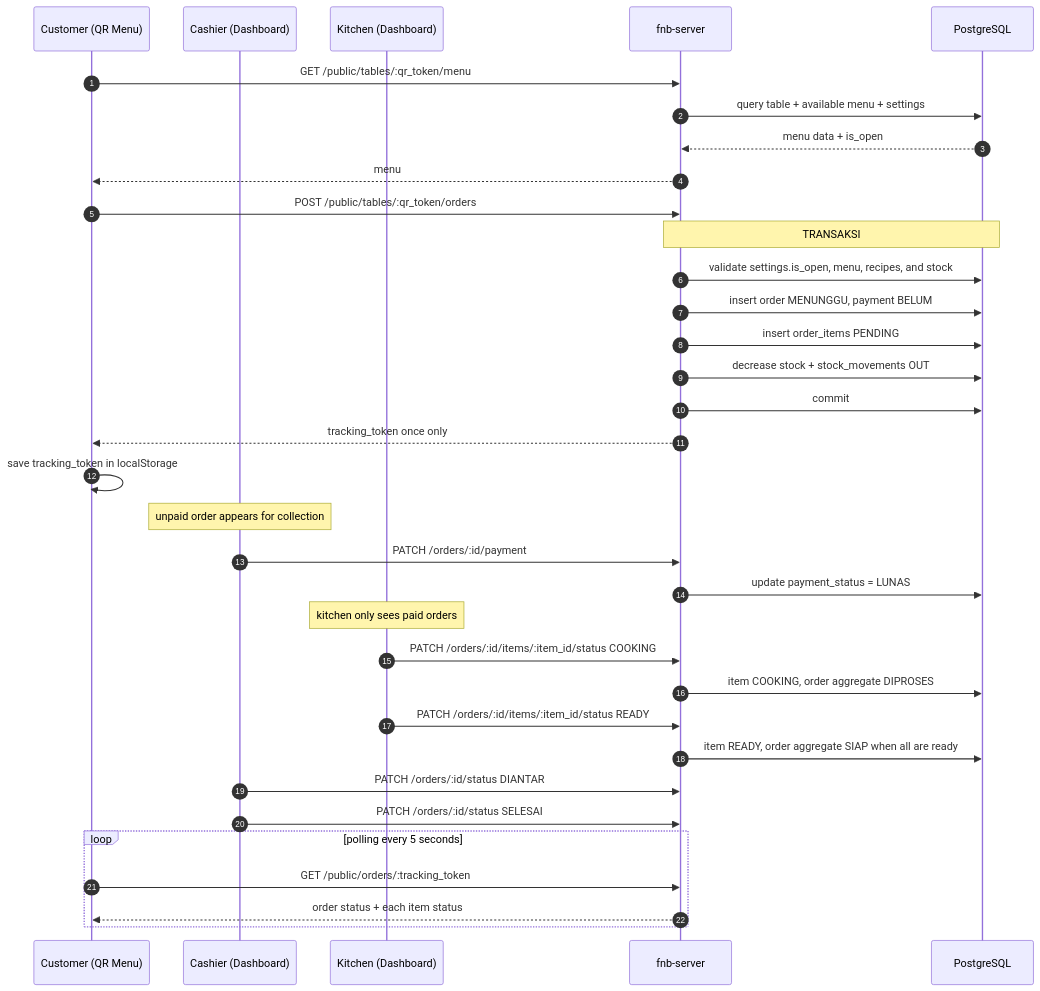
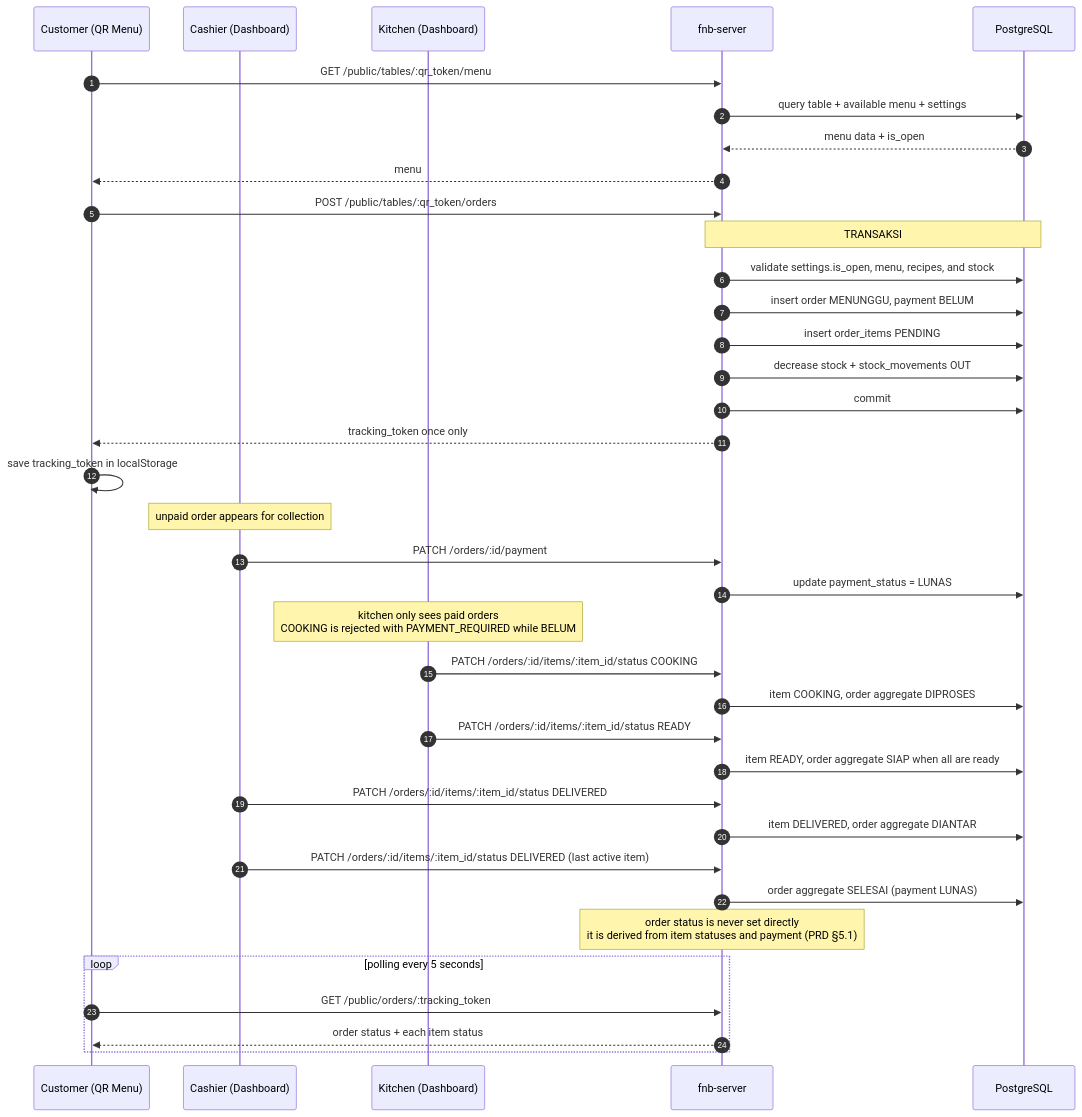
The second of 6 diagrams in fnb-server/docs/flow.md (darmawandoni6/fnb-app), drawn with Mermaid before and after one commit. The commit also changed other lines of this file and 33 other files, not shown here.

Commit message:
feat(orders): add internal order management endpoints

````diff
--- a/fnb-server/docs/flow.md
+++ b/fnb-server/docs/flow.md
@@ -29,42 +29,46 @@
 ```mermaid
 sequenceDiagram
     autonumber
     participant C as Customer (QR Menu)
     participant K as Cashier (Dashboard)
     participant D as Kitchen (Dashboard)
     participant API as fnb-server
     participant DB as PostgreSQL
 
     C->>API: GET /public/tables/:qr_token/menu
     API->>DB: query table + available menu + settings
     DB-->>API: menu data + is_open
     API-->>C: menu
 
     C->>API: POST /public/tables/:qr_token/orders
     Note over API,DB: TRANSAKSI
     API->>DB: validate settings.is_open, menu, recipes, and stock
     API->>DB: insert order MENUNGGU, payment BELUM
     API->>DB: insert order_items PENDING
     API->>DB: decrease stock + stock_movements OUT
     API->>DB: commit
     API-->>C: tracking_token once only
     C->>C: save tracking_token in localStorage
 
     Note over K: unpaid order appears for collection
     K->>API: PATCH /orders/:id/payment
     API->>DB: update payment_status = LUNAS
 
-    Note over D: kitchen only sees paid orders
+    Note over D: kitchen only sees paid orders<br/>COOKING is rejected with PAYMENT_REQUIRED while BELUM
     D->>API: PATCH /orders/:id/items/:item_id/status COOKING
     API->>DB: item COOKING, order aggregate DIPROSES
     D->>API: PATCH /orders/:id/items/:item_id/status READY
     API->>DB: item READY, order aggregate SIAP when all are ready
 
-    K->>API: PATCH /orders/:id/status DIANTAR
-    K->>API: PATCH /orders/:id/status SELESAI
+    K->>API: PATCH /orders/:id/items/:item_id/status DELIVERED
+    API->>DB: item DELIVERED, order aggregate DIANTAR
+    K->>API: PATCH /orders/:id/items/:item_id/status DELIVERED (last active item)
+    API->>DB: order aggregate SELESAI (payment LUNAS)
+
+    Note over API: order status is never set directly<br/>it is derived from item statuses and payment (PRD §5.1)
 
     loop polling every 5 seconds
         C->>API: GET /public/orders/:tracking_token
         API-->>C: order status + each item status
     end
 ```
````
